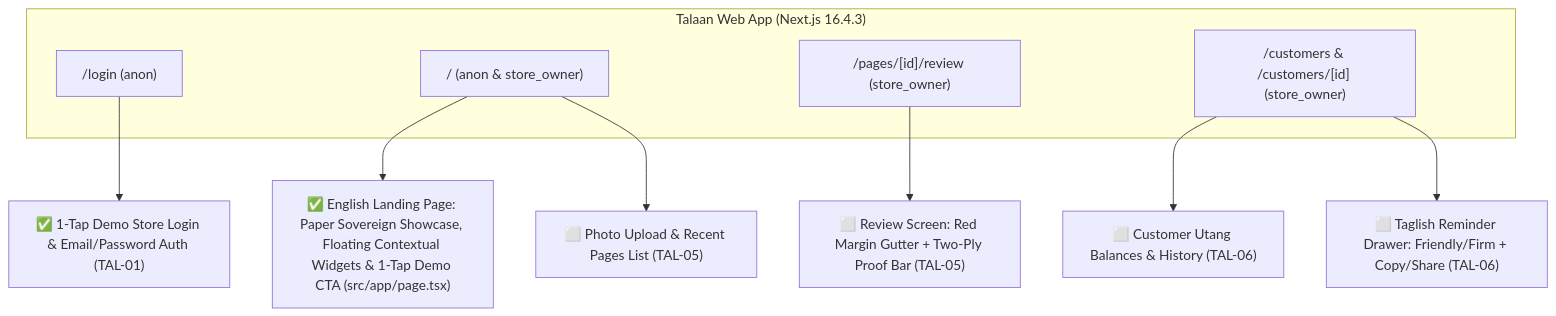
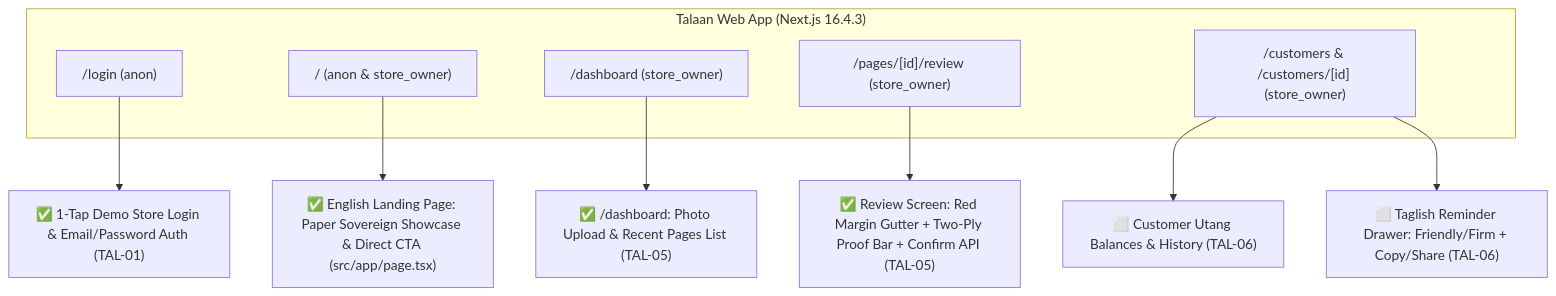
Before and after one commit to ejay-detera/talaan: the first of 5 diagrams in docs/flow.md, drawn with Mermaid. The commit also changed other lines of this file and 49 other files, not shown here.

Commit message:
feat: scaffold Talaan sari-sari store ledger app with AI OCR, review UI, and atomic confirmation RPC

````diff
--- a/docs/flow.md
+++ b/docs/flow.md
@@ -23,15 +23,16 @@
 ```mermaid
 flowchart TB
   subgraph app ["Talaan Web App (Next.js 16.4.3)"]
     S0["/login (anon)"]
     S1["/ (anon & store_owner)"]
+    S1b["/dashboard (store_owner)"]
     S2["/pages/[id]/review (store_owner)"]
     S3["/customers & /customers/[id] (store_owner)"]
   end
   S0 --> A1["✅ 1-Tap Demo Store Login & Email/Password Auth (TAL-01)"]
-  S1 --> B1["✅ English Landing Page: Paper Sovereign Showcase, Floating Contextual Widgets & 1-Tap Demo CTA (src/app/page.tsx)"]
-  S1 --> B2["⬜ Photo Upload & Recent Pages List (TAL-05)"]
-  S2 --> C1["⬜ Review Screen: Red Margin Gutter + Two-Ply Proof Bar (TAL-05)"]
+  S1 --> B1["✅ English Landing Page: Paper Sovereign Showcase & Direct CTA (src/app/page.tsx)"]
+  S1b --> B2["✅ /dashboard: Photo Upload & Recent Pages List (TAL-05)"]
+  S2 --> C1["✅ Review Screen: Red Margin Gutter + Two-Ply Proof Bar + Confirm API (TAL-05)"]
   S3 --> D1["⬜ Customer Utang Balances & History (TAL-06)"]
   S3 --> D2["⬜ Taglish Reminder Drawer: Friendly/Firm + Copy/Share (TAL-06)"]
 ```
````
